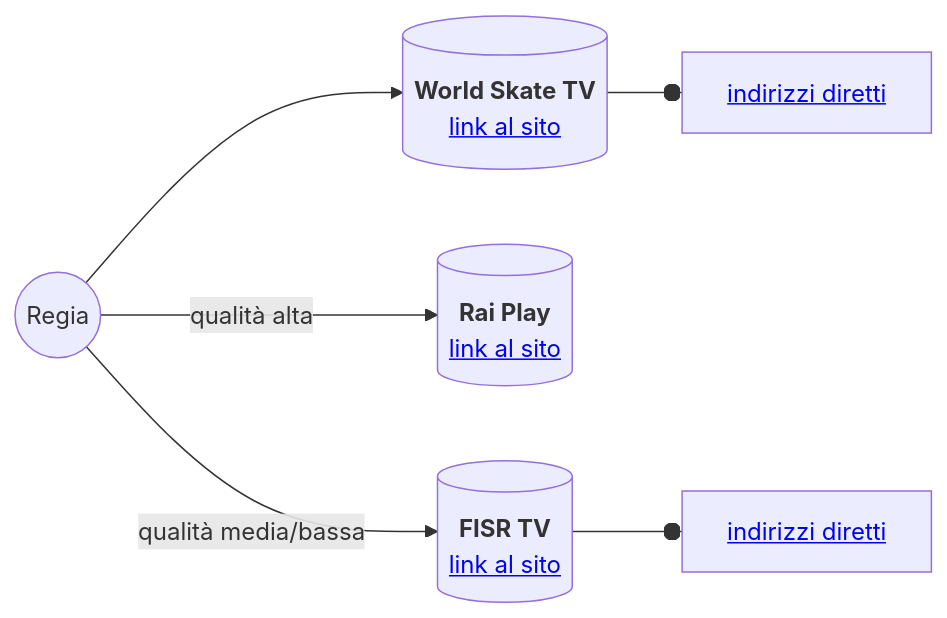
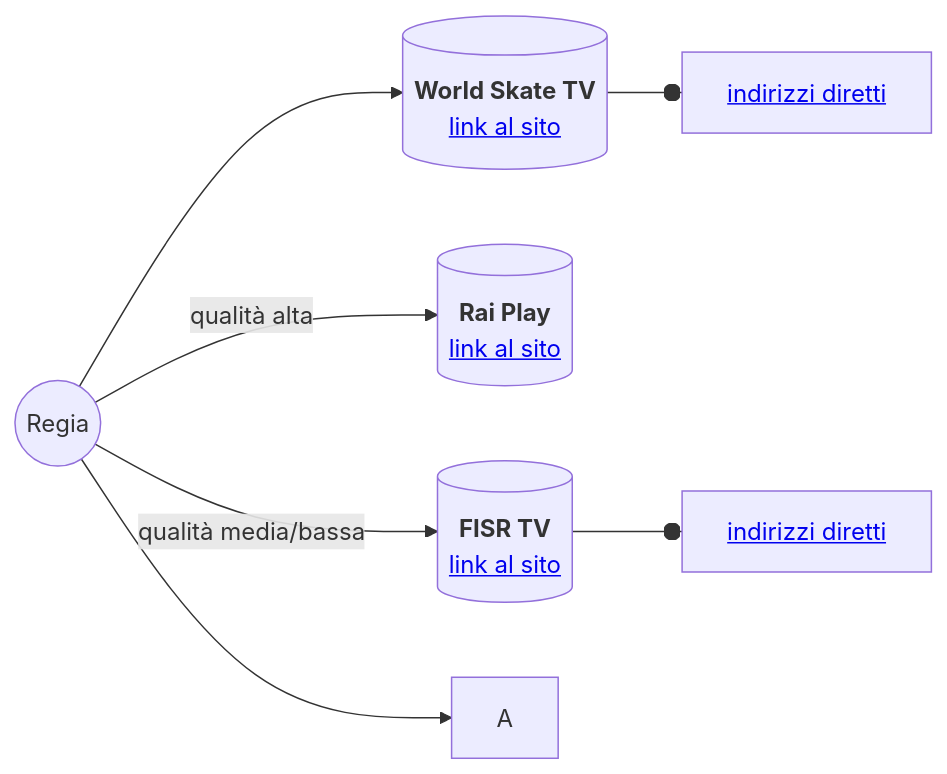
One commit to aiBR3/WSG2024-video changed the diagram in README.md. Above: the diagram before and after it, drawn with Mermaid.

````diff
--- a/README.md
+++ b/README.md
@@ -3,8 +3,10 @@
 ```mermaid
 flowchart LR
     Regia((Regia)) --> WSG[("<strong>World Skate TV</strong><br><a href="https://worldskate.tv/world-skate-games/wsg-2024/wsg-inline-speed-2024" target="_blank">link al sito</a>")]
     Regia -- qualità alta --> Rai[("<strong>Rai Play</strong><br><a href="https://www.raiplay.it/guidatv?channel=rai-sport" target="_blank">link al sito</a>")]
     Regia -- qualità media/bassa --> FISR[("<strong>FISR TV</strong><br><a href="https://fisrtv.it/" target="_blank">link al sito</a>")]
     WSG --o WSG1["<a href="https://github.com/aiBR3/WSG2024-video#world-skate-tv">indirizzi diretti</a>"]
     FISR --o FISR1["<a href="https://github.com/aiBR3/WSG2024-video#trasmissione-2024-09-13-0815-pista">indirizzi diretti</a>"]
+    Regia --> A
+    click A "https://www.apple.com" "This is a tooltip for a link"
 ```
````
